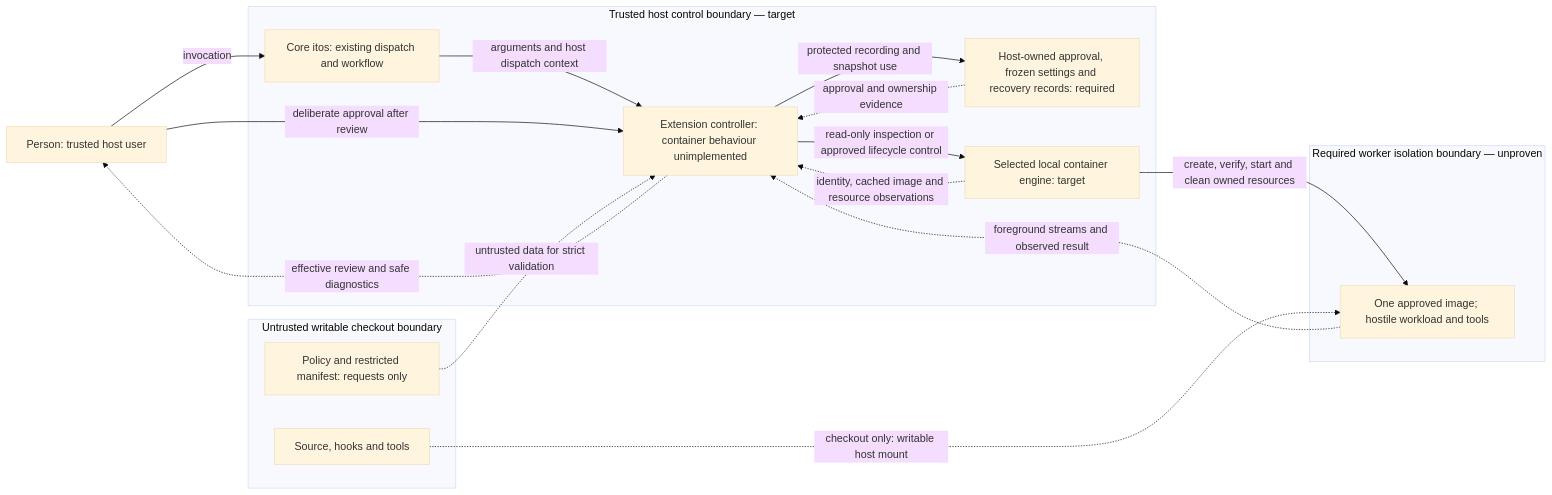
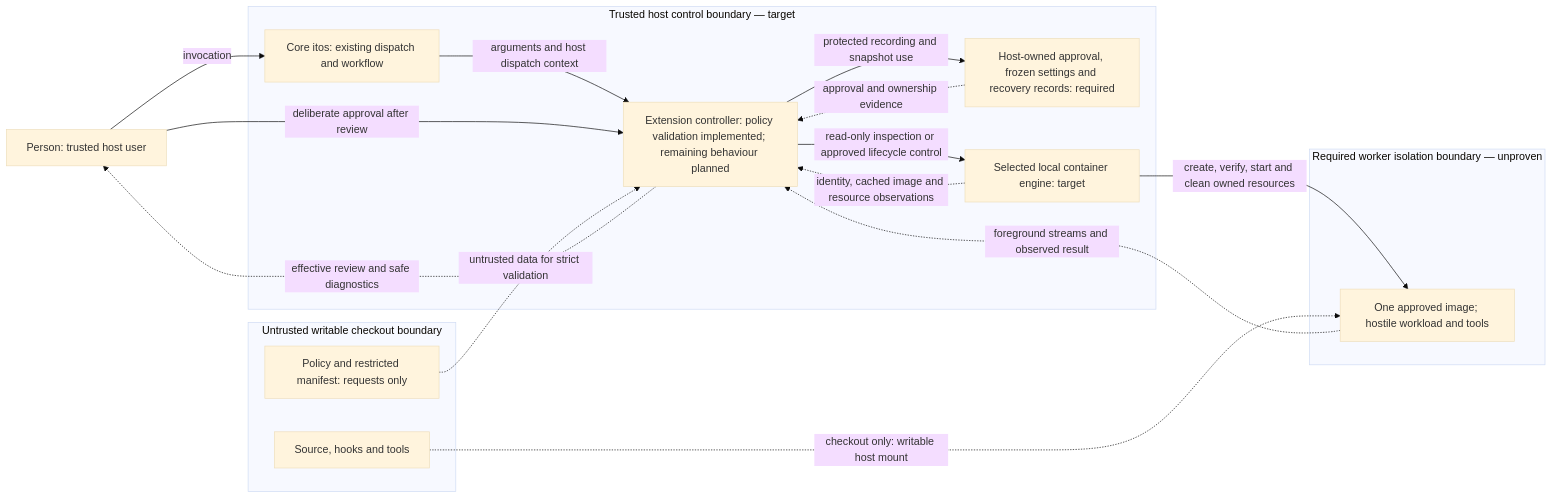
One commit to donvargax/itos-container changed the first of 2 diagrams in docs/architecture/arc42.md. Above: the diagram before and after it, drawn with Mermaid (base theme). The commit also changed other lines of this file and 2 other files, not shown here.

First line of the commit message:
docs: reconcile the accepted offline architecture

````diff
--- a/docs/architecture/arc42.md
+++ b/docs/architecture/arc42.md
@@ -76,29 +86,29 @@
 ```mermaid
 flowchart LR
     person["Person: trusted host user"]
     subgraph host["Trusted host control boundary — target"]
         core["Core itos: existing dispatch and workflow"]
-        controller["Extension controller: container behaviour unimplemented"]
+        controller["Extension controller: policy validation implemented; remaining behaviour planned"]
         records["Host-owned approval, frozen settings and recovery records: required"]
         engine["Selected local container engine: target"]
     end
     subgraph checkout["Untrusted writable checkout boundary"]
         requests["Policy and restricted manifest: requests only"]
         files["Source, hooks and tools"]
     end
     subgraph sandbox["Required worker isolation boundary — unproven"]
         worker["One approved image; hostile workload and tools"]
     end
     person -->|invocation| core
     core -->|arguments and host dispatch context| controller
     person -->|deliberate approval after review| controller
     requests -.->|untrusted data for strict validation| controller
     controller -.->|effective review and safe diagnostics| person
     controller -->|protected recording and snapshot use| records
     records -.->|approval and ownership evidence| controller
     controller -->|read-only inspection or approved lifecycle control| engine
     engine -.->|identity, cached image and resource observations| controller
     engine -->|create, verify, start and clean owned resources| worker
     files -.->|checkout only: writable host mount| worker
     worker -.->|foreground streams and observed result| controller
 ```
````
